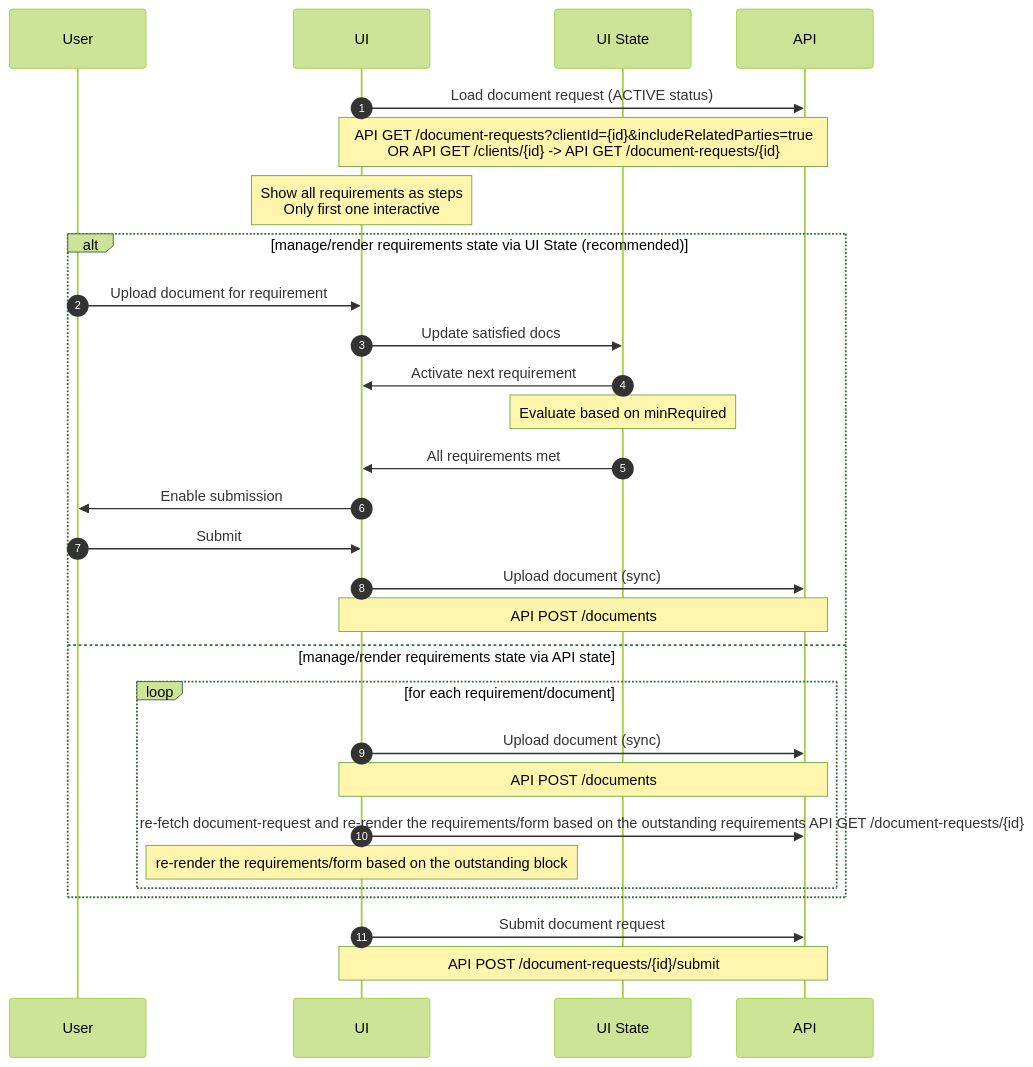
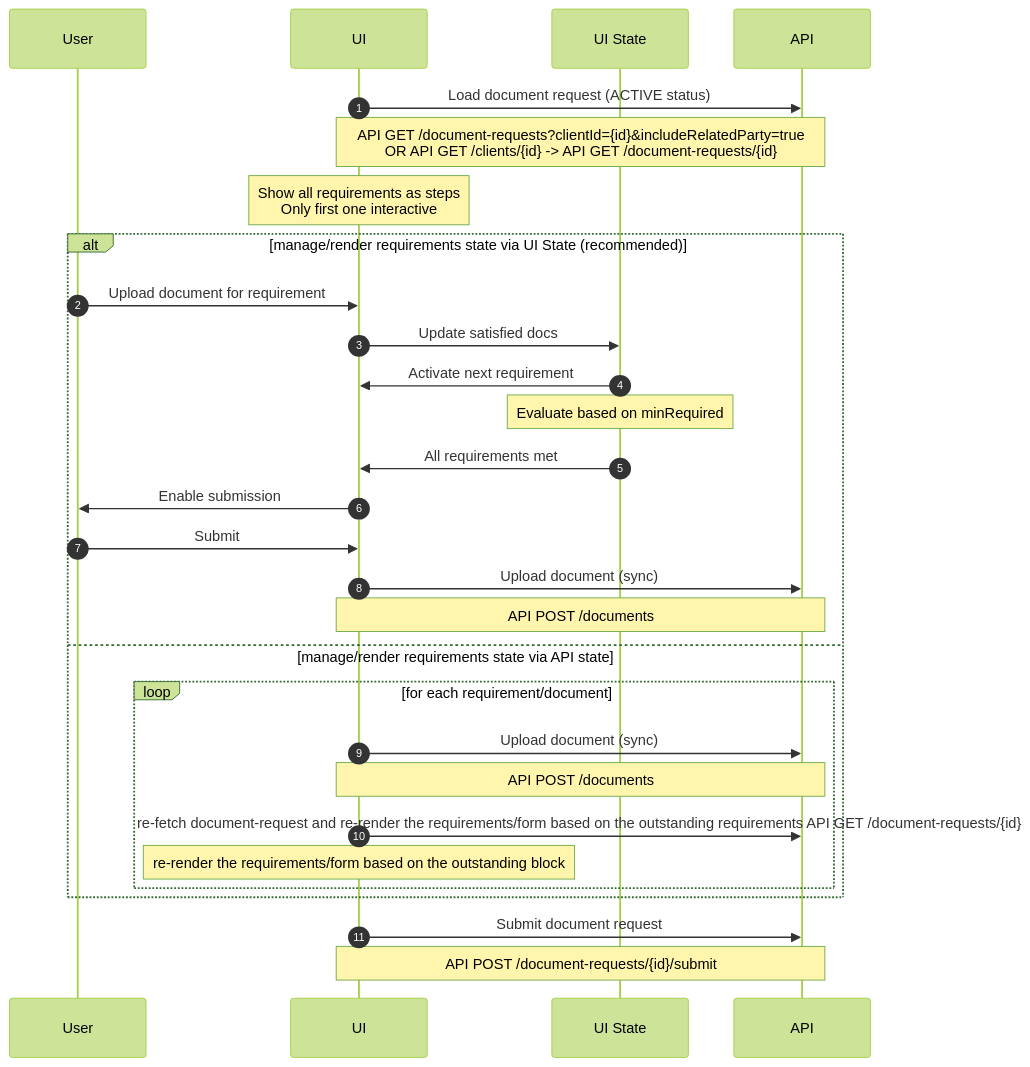
One commit to jpmorgan-payments/embedded-finance changed the diagram in embedded-components/docs/DOCS_UPLOAD_FORM_RECIPE.md. Above: the diagram before and after it, drawn with Mermaid (forest theme).

Commit message:
fix: Correct typo in API documentation for related party parameter

````diff
--- a/embedded-components/docs/DOCS_UPLOAD_FORM_RECIPE.md
+++ b/embedded-components/docs/DOCS_UPLOAD_FORM_RECIPE.md
@@ -9,38 +9,38 @@
 ```mermaid
 sequenceDiagram
     autonumber
     participant User
     participant UI
     participant UI State
     participant API
 
     UI->>API: Load document request (ACTIVE status)
-    Note over API, UI: API GET /document-requests?clientId={id}&includeRelatedParties=true<br/>OR API GET /clients/{id} -> API GET /document-requests/{id}
+    Note over API, UI: API GET /document-requests?clientId={id}&includeRelatedParty=true<br/>OR API GET /clients/{id} -> API GET /document-requests/{id}
     Note over UI: Show all requirements as steps<br/>Only first one interactive
 
     alt manage/render requirements state via UI State (recommended)
       User->>UI: Upload document for requirement
       UI->>UI State: Update satisfied docs
       UI State->>UI: Activate next requirement
 
       Note over UI State: Evaluate based on minRequired
 
       UI State->>UI: All requirements met
       UI->>User: Enable submission
       User->>UI: Submit
 
       UI->>API: Upload document (sync)
       Note over API, UI: API POST /documents
     else manage/render requirements state via API state
       loop for each requirement/document
         UI->>API: Upload document (sync)
         Note over API, UI: API POST /documents
 
         UI->>API: re-fetch document-request and re-render the requirements/form based on the outstanding requirements API GET /document-requests/{id}
         Note over UI: re-render the requirements/form based on the outstanding block
       end
     end
 
     UI->>API: Submit document request
     Note over API, UI: API POST /document-requests/{id}/submit
 ```
````
